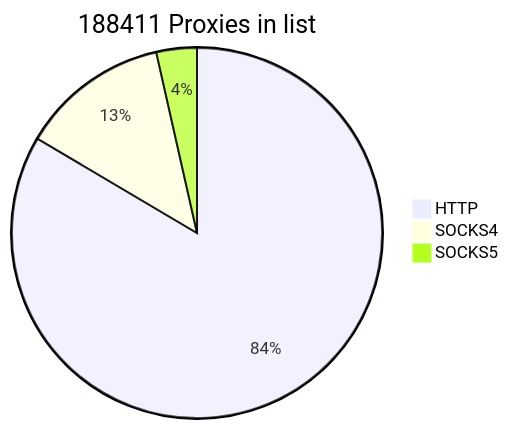
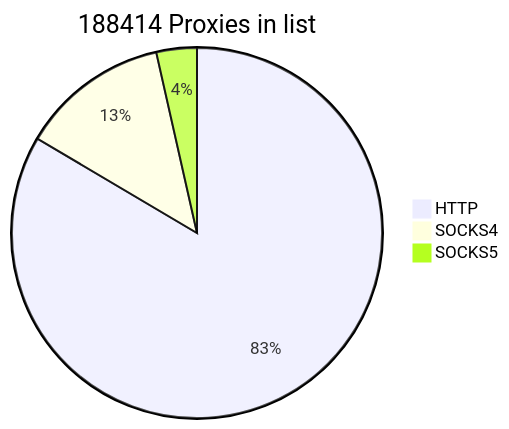
The first of 2 diagrams in README.md (cutipu/proxylist), drawn with Mermaid before and after one commit. The commit also changed other lines of this file, not shown here.

````diff
--- a/README.md
+++ b/README.md
@@ -2,7 +2,7 @@
 ```mermaid
-pie title 188411 Proxies in list
-    "HTTP" : 157324
-    "SOCKS4" : 24432
+pie title 188414 Proxies in list
+    "HTTP" : 157325
+    "SOCKS4" : 24434
     "SOCKS5" : 6655
             
 ```
````
